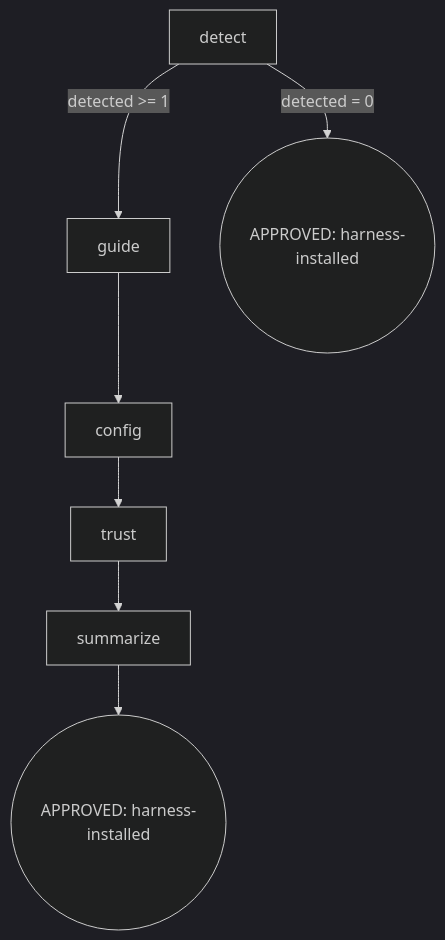
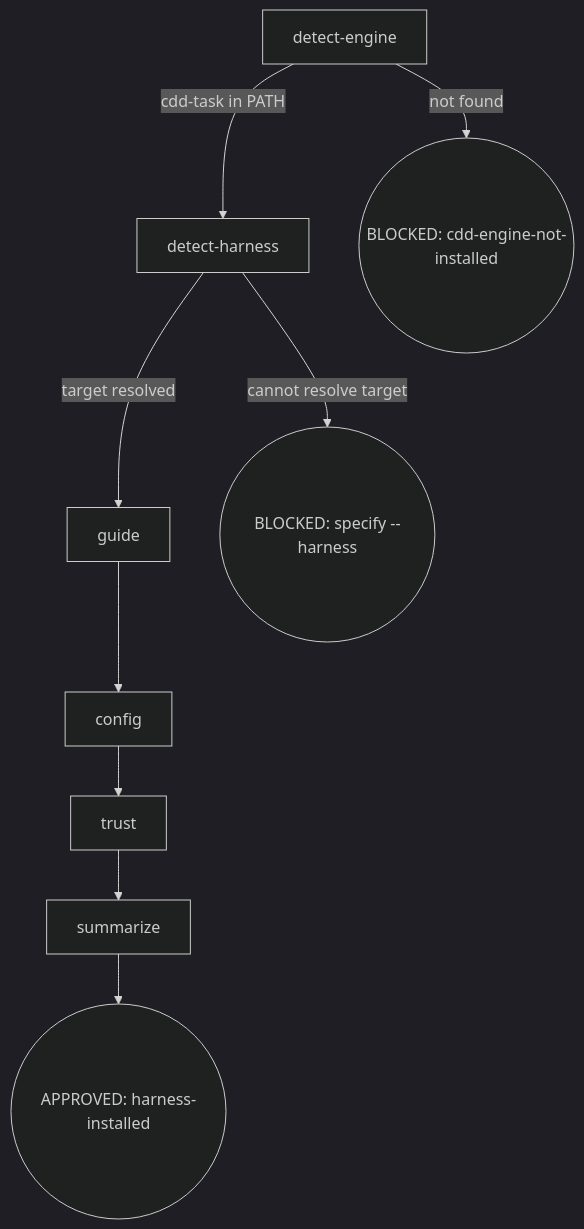
One commit to Oscaner/skills changed the diagram in packages/osuperpowers/.agents/skills/osuperpowers/init/harness.md. Above: the diagram before and after it, drawn with Mermaid (dark theme). The commit also changed other lines of this file and 38 other files, not shown here.

Commit message:
feat(osuperpowers): CDD task-12 — gate env propagation, prefix/suffix injection, templates restructure, SKILL.md updates + emit

````diff
--- a/packages/osuperpowers/.agents/skills/osuperpowers/init/harness.md
+++ b/packages/osuperpowers/.agents/skills/osuperpowers/init/harness.md
@@ -9,9 +9,11 @@
 ```mermaid
 flowchart TD
-  A[detect] -->|detected >= 1| B[guide]
-  A -->|detected = 0| S((APPROVED: harness-installed))
+  A[detect-engine] -->|cdd-task in PATH| D[detect-harness]
+  A -->|not found| W((BLOCKED: cdd-engine-not-installed))
+  D -->|target resolved| B[guide]
+  D -->|cannot resolve target| X((BLOCKED: specify --harness))
   B --> C[config]
-  C --> D[trust]
-  D --> E[summarize]
+  C --> T[trust]
+  T --> E[summarize]
   E --> F((APPROVED: harness-installed))
 ```
````
